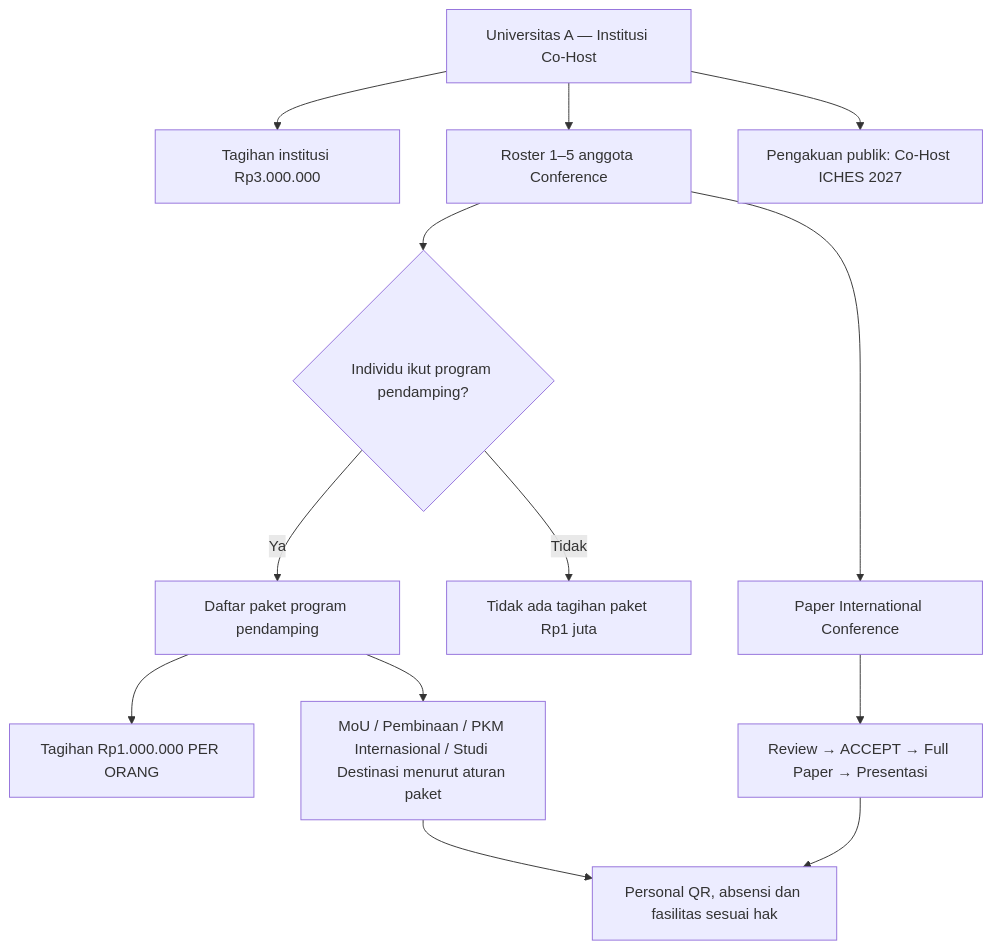
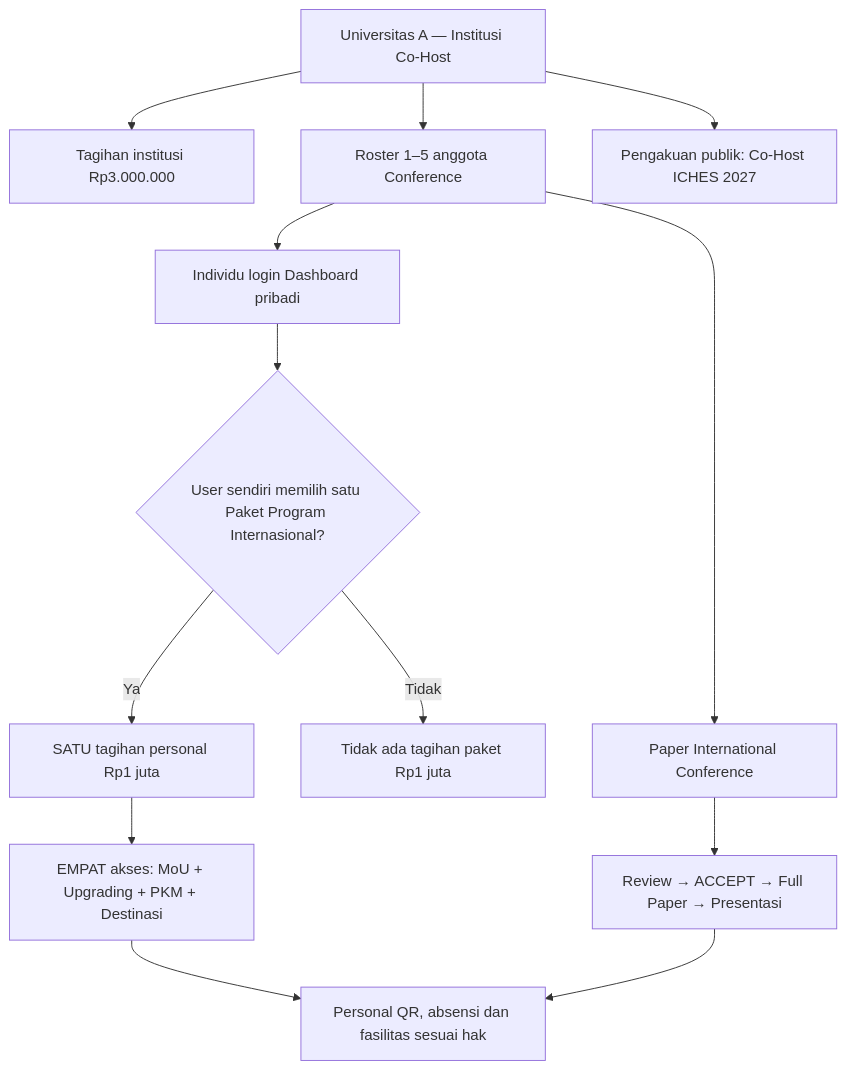
Before and after one commit to akhmadafnan/iches-unisya: the first of 2 diagrams in docs/14-CAKUPAN-COHOST-DAN-PROGRAM-PENDAMPING.md, drawn with Mermaid. The commit also changed other lines of this file and 12 other files, not shown here.

````diff
--- a/docs/14-CAKUPAN-COHOST-DAN-PROGRAM-PENDAMPING.md
+++ b/docs/14-CAKUPAN-COHOST-DAN-PROGRAM-PENDAMPING.md
@@ -20,15 +22,15 @@
 ```mermaid
 flowchart TD
   I["Universitas A — Institusi Co-Host"] --> A["Tagihan institusi Rp3.000.000"]
   I --> R["Roster 1–5 anggota Conference"]
   I --> BR["Pengakuan publik: Co-Host ICHES 2027"]
   R --> P["Paper International Conference"]
-  R --> X{"Individu ikut program pendamping?"}
-  X -->|Tidak| N["Tidak ada tagihan paket Rp1 juta"]
-  X -->|Ya| Y["Daftar paket program pendamping"]
-  Y --> B["Tagihan Rp1.000.000 PER ORANG"]
-  Y --> E["MoU / Pembinaan / PKM Internasional / Studi Destinasi menurut aturan paket"]
+  R --> X["Individu login Dashboard pribadi"]
+  X --> Y{"User sendiri memilih satu Paket Program Internasional?"}
+  Y -->|Tidak| N["Tidak ada tagihan paket Rp1 juta"]
+  Y -->|Ya| B["SATU tagihan personal Rp1 juta"]
+  B --> E["EMPAT akses: MoU + Upgrading + PKM + Destinasi"]
   P --> RV["Review → ACCEPT → Full Paper → Presentasi"]
   E --> QR["Personal QR, absensi dan fasilitas sesuai hak"]
   RV --> QR
 ```
````
